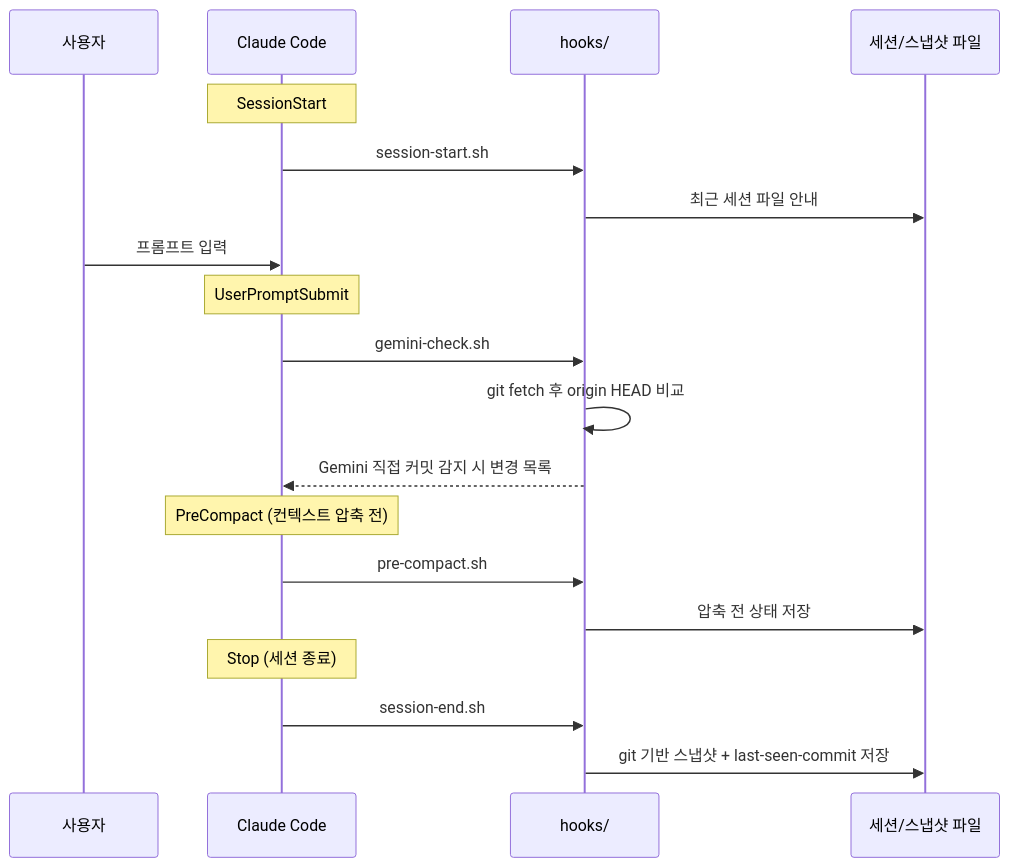
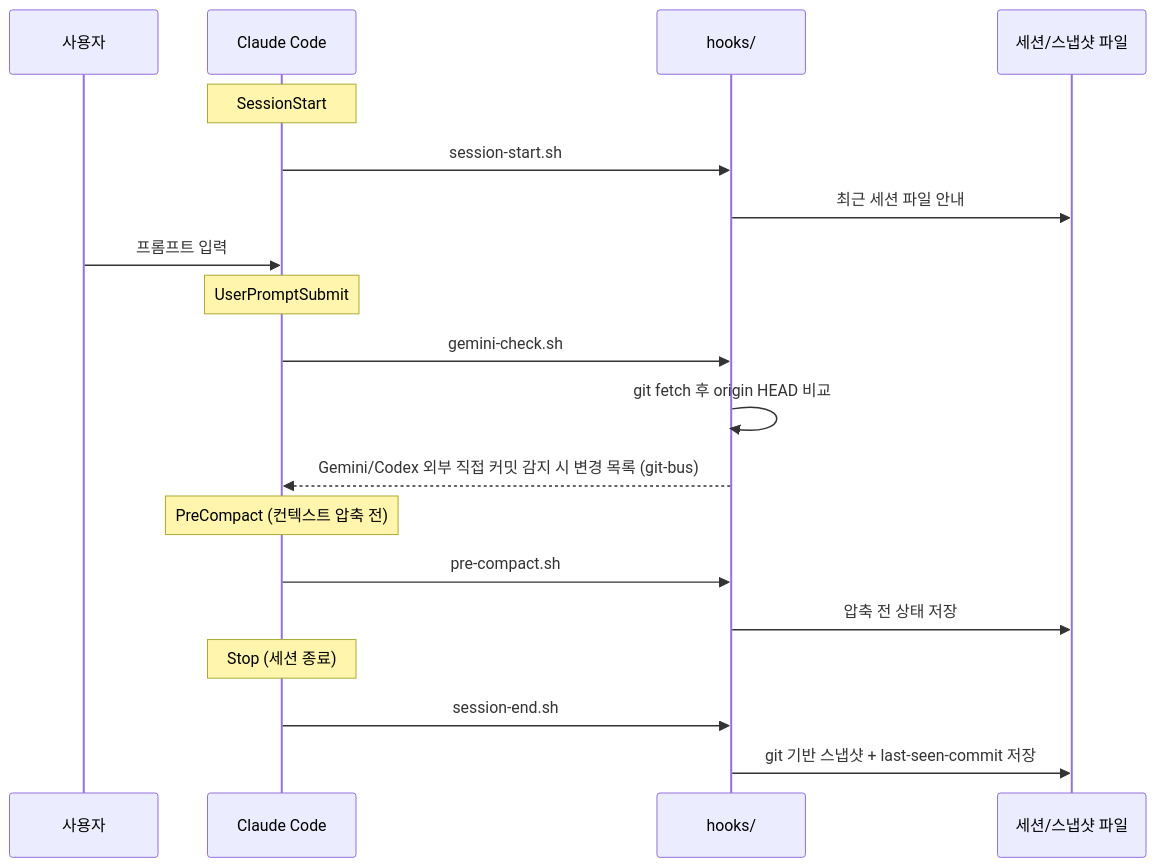
The third of 5 diagrams in docs/ARCHITECTURE.md (jomarusoup/Arachne), drawn with Mermaid before and after one commit. The commit also changed other lines of this file and 5 other files, not shown here.

First line of the commit message:
docs: 약어 풀이(GLOSSARY) + ARCHITECTURE 협업 다이어그램 + 3-레인 역할 명확화

````diff
--- a/docs/ARCHITECTURE.md
+++ b/docs/ARCHITECTURE.md
@@ -107,25 +168,25 @@
 ```mermaid
 sequenceDiagram
     participant U as 사용자
     participant CC as Claude Code
     participant H as hooks/
     participant FS as 세션/스냅샷 파일
 
     Note over CC: SessionStart
     CC->>H: session-start.sh
     H->>FS: 최근 세션 파일 안내
 
     U->>CC: 프롬프트 입력
     Note over CC: UserPromptSubmit
     CC->>H: gemini-check.sh
     H->>H: git fetch 후 origin HEAD 비교
-    H-->>CC: Gemini 직접 커밋 감지 시 변경 목록
+    H-->>CC: Gemini/Codex 외부 직접 커밋 감지 시 변경 목록 (git-bus)
 
     Note over CC: PreCompact (컨텍스트 압축 전)
     CC->>H: pre-compact.sh
     H->>FS: 압축 전 상태 저장
 
     Note over CC: Stop (세션 종료)
     CC->>H: session-end.sh
     H->>FS: git 기반 스냅샷 + last-seen-commit 저장
 ```
````
